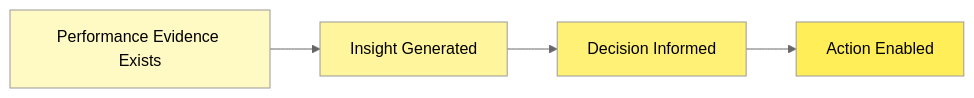
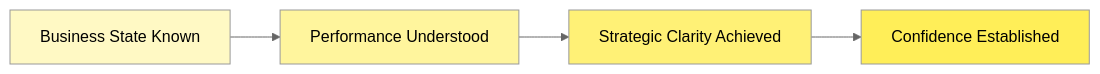
The eighth of 10 diagrams in docs/architecture/01-business-architecture.md (Evilazaro/Azure-LogicApps-Monitoring), drawn with Mermaid (neutral theme) before and after one commit. The commit also changed other lines of this file, not shown here.

Commit message:
Refactor Business Architecture document: update terminology and enhance clarity in commitment management and fulfillment sections

````diff
--- a/docs/architecture/01-business-architecture.md
+++ b/docs/architecture/01-business-architecture.md
@@ -270,11 +267,11 @@
 ```mermaid
 graph LR
-    A[Performance Evidence Exists] --> B[Insight Generated]
-    B --> C[Decision Informed]
-    C --> D[Action Enabled]
+    A[Business State Known] --> B[Performance Understood]
+    B --> C[Strategic Clarity Achieved]
+    C --> D[Confidence Established]
 
     style A fill:#fff9c4
     style B fill:#fff59d
     style C fill:#fff176
     style D fill:#ffee58
 ```
````
